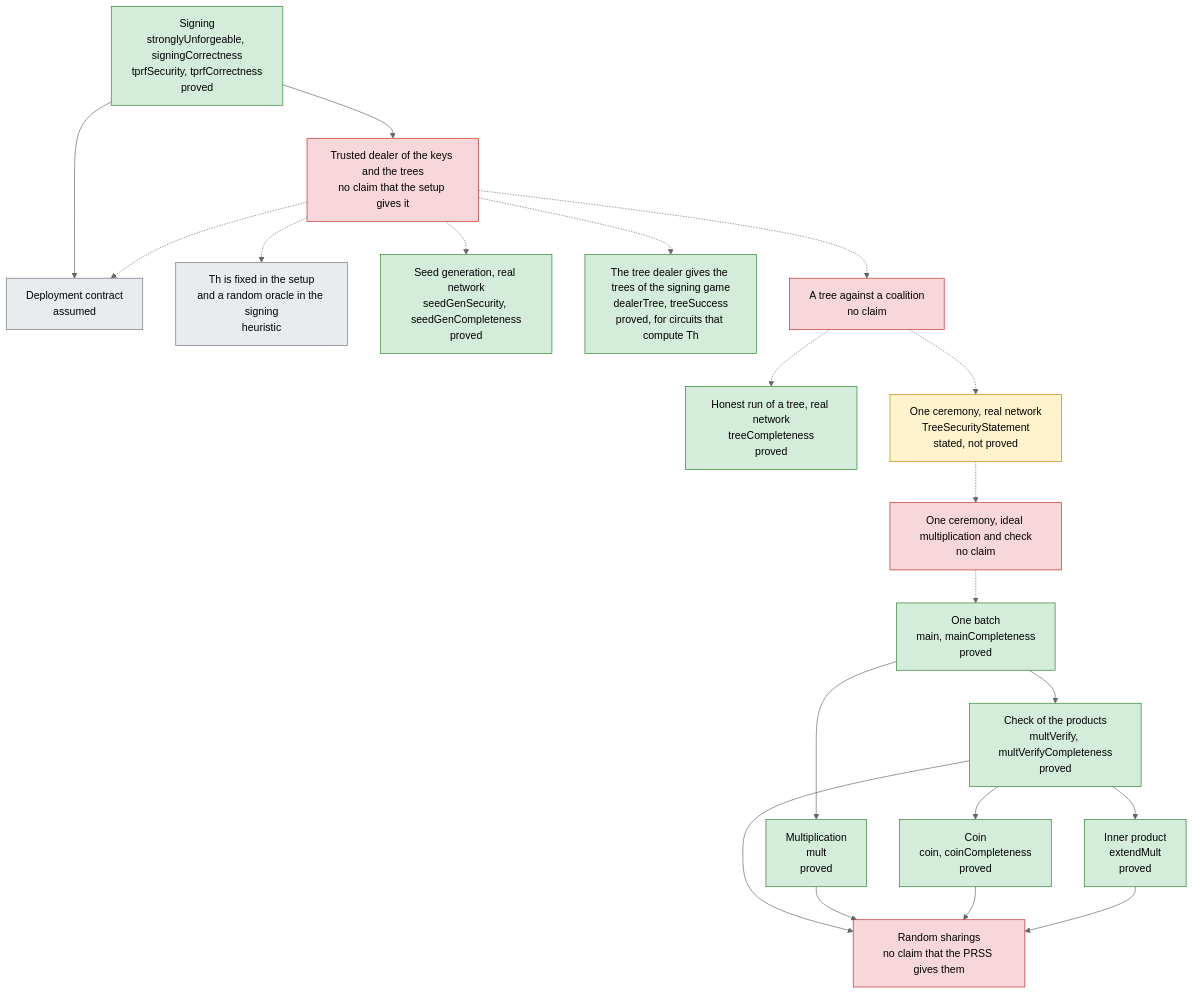
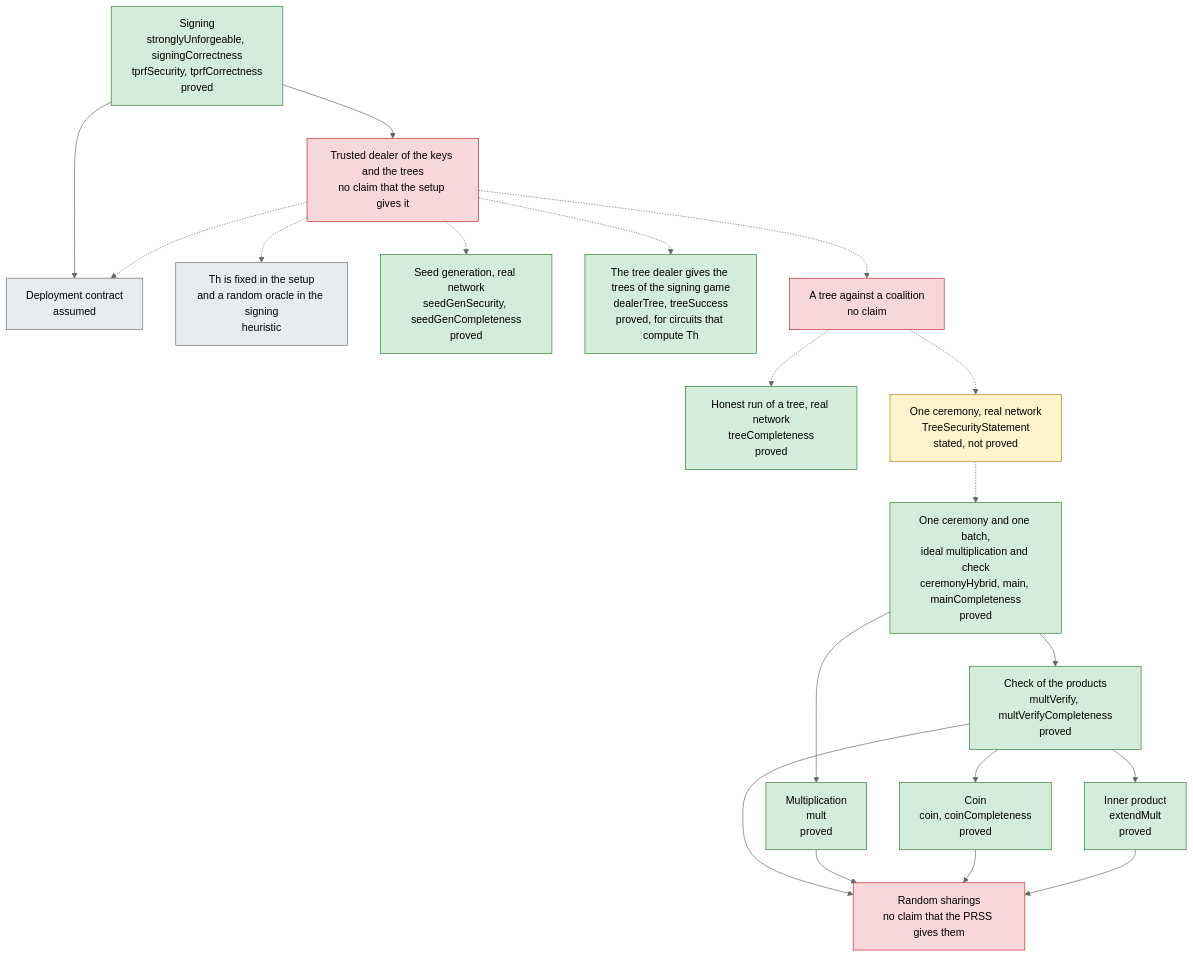
One commit to han0110/threshold-lean-xmss changed the diagram in formal/README.md. Above: the diagram before and after it, drawn with Mermaid (neutral theme). The commit also changed other lines of this file and 13 other files, not shown here.

````diff
--- a/formal/README.md
+++ b/formal/README.md
@@ -69,44 +71,42 @@
 ```mermaid
 flowchart TB
   classDef proved fill:#d4edda,stroke:#2e7d32,color:#000
   classDef stated fill:#fff3cd,stroke:#b8860b,color:#000
   classDef missing fill:#f8d7da,stroke:#c62828,color:#000
   classDef assumed fill:#e9ecef,stroke:#6c757d,color:#000
 
   SIGN["Signing<br/>stronglyUnforgeable, signingCorrectness<br/>tprfSecurity, tprfCorrectness<br/>proved"]:::proved
   DEALT["Trusted dealer of the keys and the trees<br/>no claim that the setup gives it"]:::missing
   RULES["Deployment contract<br/>assumed"]:::assumed
   HEUR["Th is fixed in the setup<br/>and a random oracle in the signing<br/>heuristic"]:::assumed
   SEED["Seed generation, real network<br/>seedGenSecurity, seedGenCompleteness<br/>proved"]:::proved
   DEALER["The tree dealer gives the trees of the signing game<br/>dealerTree, treeSuccess<br/>proved, for circuits that compute Th"]:::proved
   TREE["A tree against a coalition<br/>no claim"]:::missing
   HONEST["Honest run of a tree, real network<br/>treeCompleteness<br/>proved"]:::proved
   REAL["One ceremony, real network<br/>TreeSecurityStatement<br/>stated, not proved"]:::stated
-  HYBRID["One ceremony, ideal multiplication and check<br/>no claim"]:::missing
-  BATCH["One batch<br/>main, mainCompleteness<br/>proved"]:::proved
+  HYBRID["One ceremony and one batch,<br/>ideal multiplication and check<br/>ceremonyHybrid, main, mainCompleteness<br/>proved"]:::proved
   MULT["Multiplication<br/>mult<br/>proved"]:::proved
   CHECK["Check of the products<br/>multVerify, multVerifyCompleteness<br/>proved"]:::proved
   COIN["Coin<br/>coin, coinCompleteness<br/>proved"]:::proved
   INNER["Inner product<br/>extendMult<br/>proved"]:::proved
   RAND["Random sharings<br/>no claim that the PRSS gives them"]:::missing
 
   SIGN --> DEALT
   SIGN --> RULES
   DEALT -.-> RULES
   DEALT -.-> HEUR
   DEALT -.-> SEED
   DEALT -.-> DEALER
   DEALT -.-> TREE
   TREE -.-> HONEST
   TREE -.-> REAL
   REAL -.-> HYBRID
-  HYBRID -.-> BATCH
-  BATCH --> MULT
-  BATCH --> CHECK
+  HYBRID --> MULT
+  HYBRID --> CHECK
   CHECK --> COIN
   CHECK --> INNER
   CHECK --> RAND
   MULT --> RAND
   COIN --> RAND
   INNER --> RAND
 ```
````
